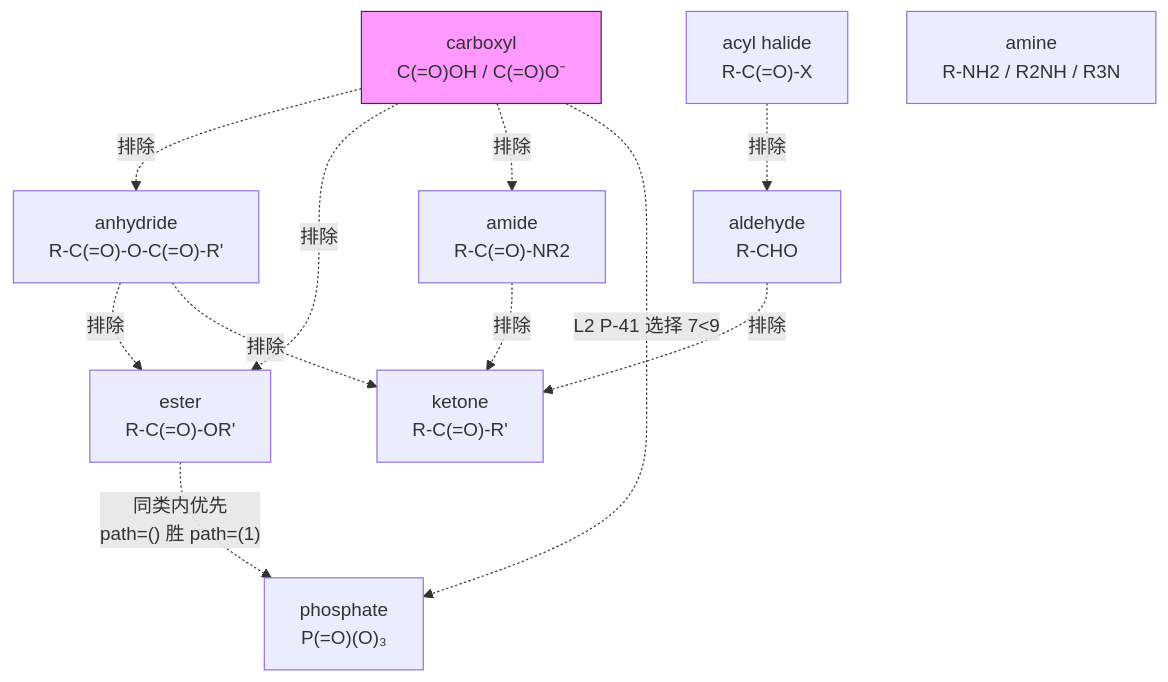
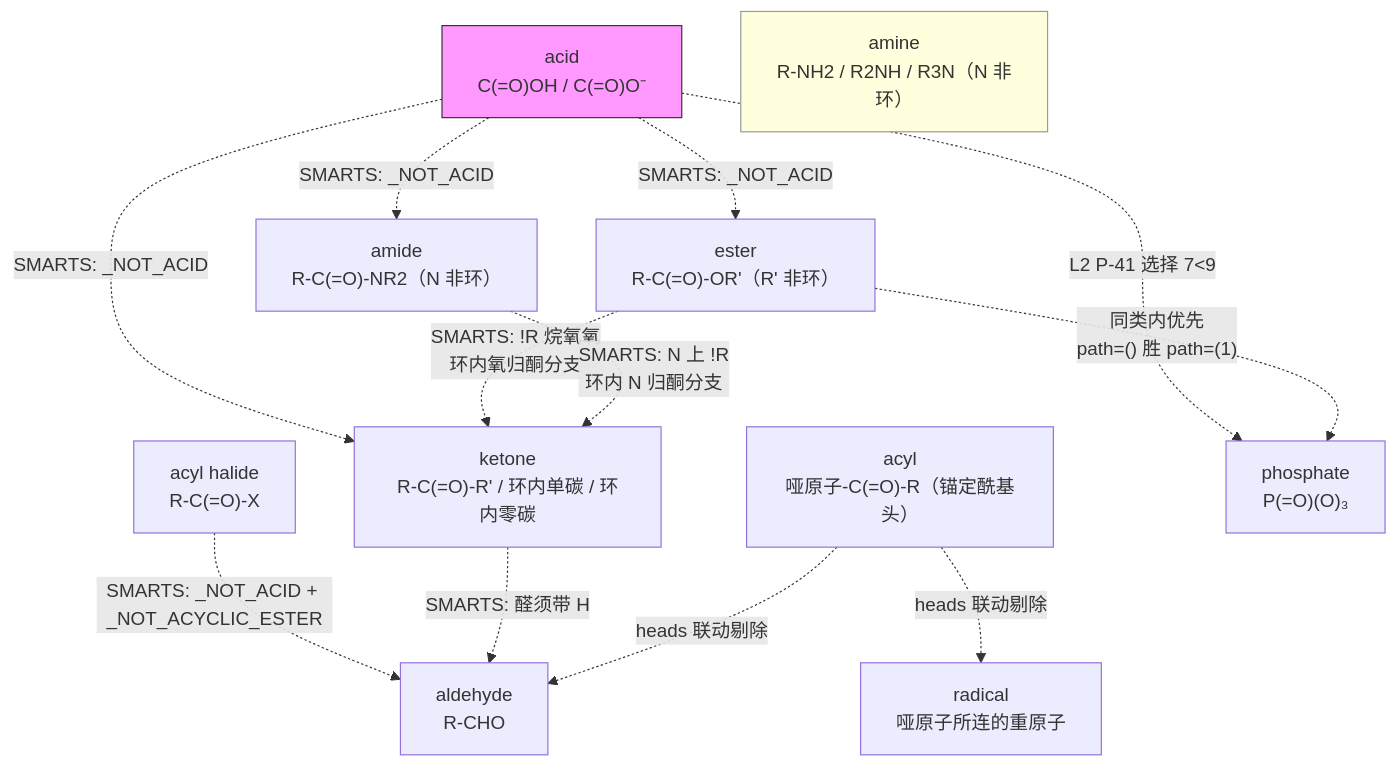
Before and after one commit to zouxiaofei1/OpenSMILES: the second of 2 diagrams in docs/wiki/architecture/layer1-analyzer.md, drawn with Mermaid. The commit also changed other lines of this file and 20 other files, not shown here.

````diff
--- a/docs/wiki/architecture/layer1-analyzer.md
+++ b/docs/wiki/architecture/layer1-analyzer.md
@@ -295,25 +349,28 @@
 ```mermaid
 flowchart TD
-    CARBOXYL["carboxyl<br/>C(=O)OH / C(=O)O⁻"]
-    ANHYDRIDE["anhydride<br/>R-C(=O)-O-C(=O)-R'"]
-    ESTER["ester<br/>R-C(=O)-OR'"]
-    AMIDE["amide<br/>R-C(=O)-NR2"]
-    KETONE["ketone<br/>R-C(=O)-R'"]
+    CARBOXYL["acid<br/>C(=O)OH / C(=O)O⁻"]
+    ESTER["ester<br/>R-C(=O)-OR'（R' 非环）"]
+    AMIDE["amide<br/>R-C(=O)-NR2（N 非环）"]
+    KETONE["ketone<br/>R-C(=O)-R' / 环内单碳 / 环内零碳"]
     ALDEHYDE["aldehyde<br/>R-CHO"]
     ACYL_HALIDE["acyl halide<br/>R-C(=O)-X"]
-    AMINE["amine<br/>R-NH2 / R2NH / R3N"]
+    ACYL["acyl<br/>哑原子-C(=O)-R（锚定酰基头）"]
+    RADICAL["radical<br/>哑原子所连的重原子"]
+    AMINE["amine<br/>R-NH2 / R2NH / R3N（N 非环）"]
     PHOSPHATE["phosphate<br/>P(=O)(O)₃"]
 
-    CARBOXYL -.->|"排除"| ANHYDRIDE
-    CARBOXYL -.->|"排除"| ESTER
-    CARBOXYL -.->|"排除"| AMIDE
-    ANHYDRIDE -.->|"排除"| ESTER
-    ANHYDRIDE -.->|"排除"| KETONE
-    ACYL_HALIDE -.->|"排除"| ALDEHYDE
-    AMIDE -.->|"排除"| KETONE
-    ALDEHYDE -.->|"排除"| KETONE
+    CARBOXYL -.->|"SMARTS: _NOT_ACID"| ESTER
+    CARBOXYL -.->|"SMARTS: _NOT_ACID"| AMIDE
+    CARBOXYL -.->|"SMARTS: _NOT_ACID"| KETONE
+    ESTER -.->|"SMARTS: !R 烷氧氧<br/>环内氧归酮分支"| KETONE
+    AMIDE -.->|"SMARTS: N 上 !R<br/>环内 N 归酮分支"| KETONE
+    ACYL_HALIDE -.->|"SMARTS: _NOT_ACID + _NOT_ACYCLIC_ESTER"| ALDEHYDE
+    KETONE -.->|"SMARTS: 醛须带 H"| ALDEHYDE
+    ACYL -.->|"heads 联动剔除"| ALDEHYDE
+    ACYL -.->|"heads 联动剔除"| RADICAL
     CARBOXYL -.->|"L2 P-41 选择 7<9"| PHOSPHATE
     ESTER -.->|"同类内优先<br/>path=() 胜 path=(1)"| PHOSPHATE
 
     style CARBOXYL fill:#f9f,stroke:#333
+    style AMINE fill:#ffd,stroke:#999
 ```
````
